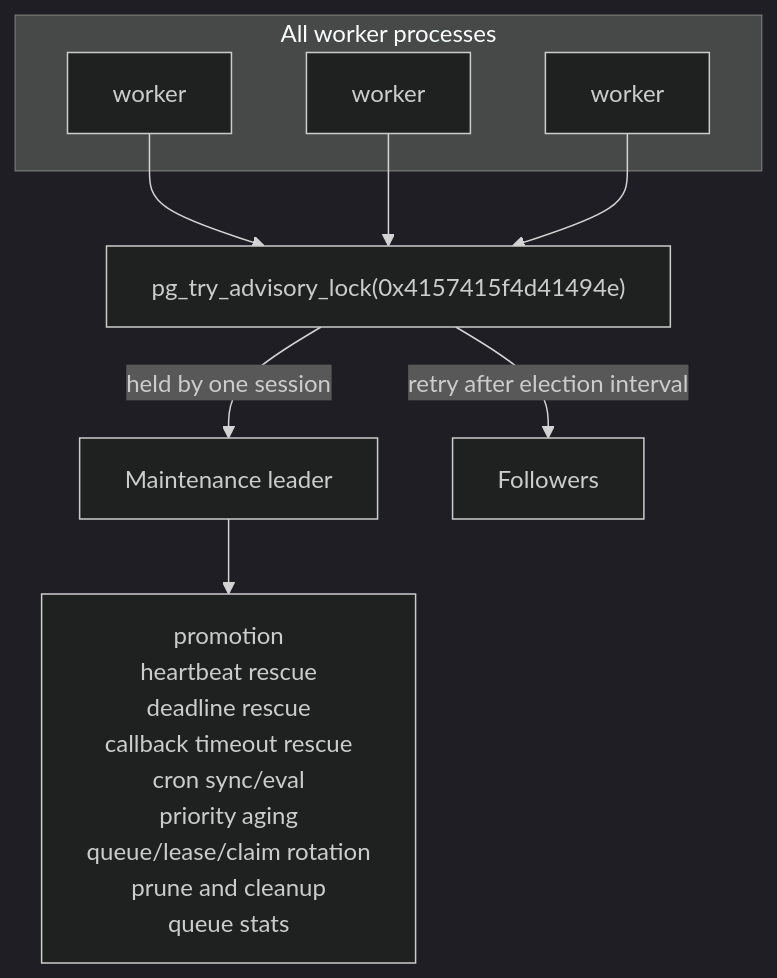
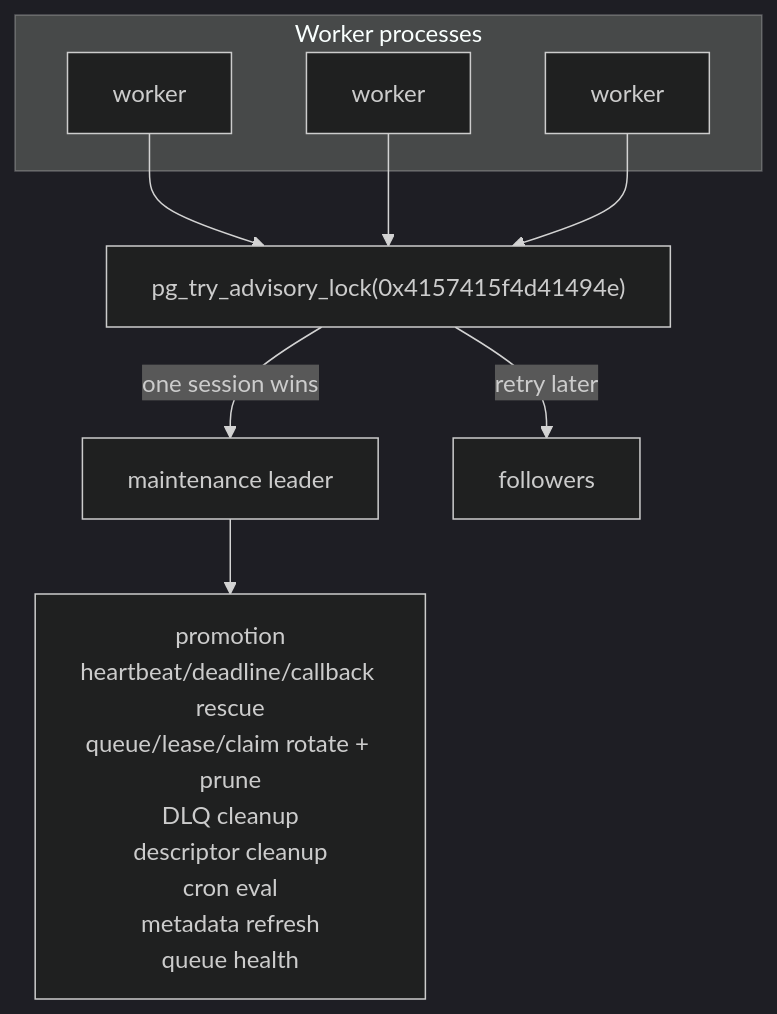
One commit to hardbyte/awa changed the second of 2 diagrams in docs/architecture.md. Above: the diagram before and after it, drawn with Mermaid (dark theme). The commit also changed other lines of this file and 6 other files, not shown here.

Commit message:
Rework architecture docs around queue storage

````diff
--- a/docs/architecture.md
+++ b/docs/architecture.md
@@ -276,18 +224,17 @@
 ```mermaid
 flowchart TB
-    subgraph Workers["All worker processes"]
+    subgraph Workers["Worker processes"]
         W1["worker"]
         W2["worker"]
         W3["worker"]
     end
 
     Lock["pg_try_advisory_lock(0x4157415f4d41494e)"]
     W1 --> Lock
     W2 --> Lock
     W3 --> Lock
+    Lock -- "one session wins" --> Leader["maintenance leader"]
+    Lock -- "retry later" --> Followers["followers"]
 
-    Lock -- "held by one session" --> Leader["Maintenance leader"]
-    Lock -- "retry after election interval" --> Followers["Followers"]
-
-    Leader --> Tasks["promotion<br/>heartbeat rescue<br/>deadline rescue<br/>callback timeout rescue<br/>cron sync/eval<br/>priority aging<br/>queue/lease/claim rotation<br/>prune and cleanup<br/>queue stats"]
+    Leader --> Tasks["promotion<br/>heartbeat/deadline/callback rescue<br/>queue/lease/claim rotate + prune<br/>DLQ cleanup<br/>descriptor cleanup<br/>cron eval<br/>metadata refresh<br/>queue health"]
 ```
````
